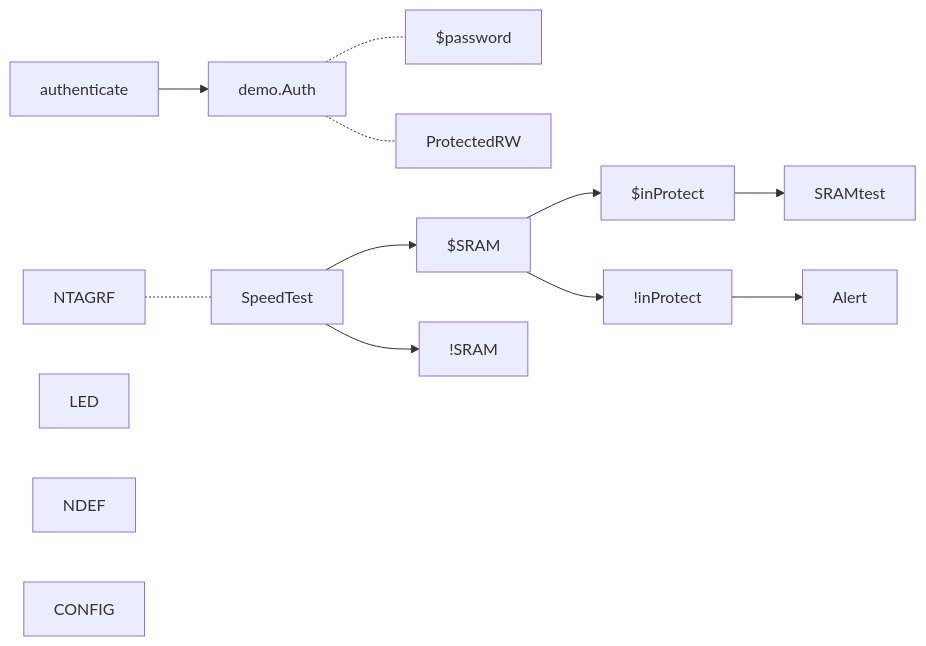
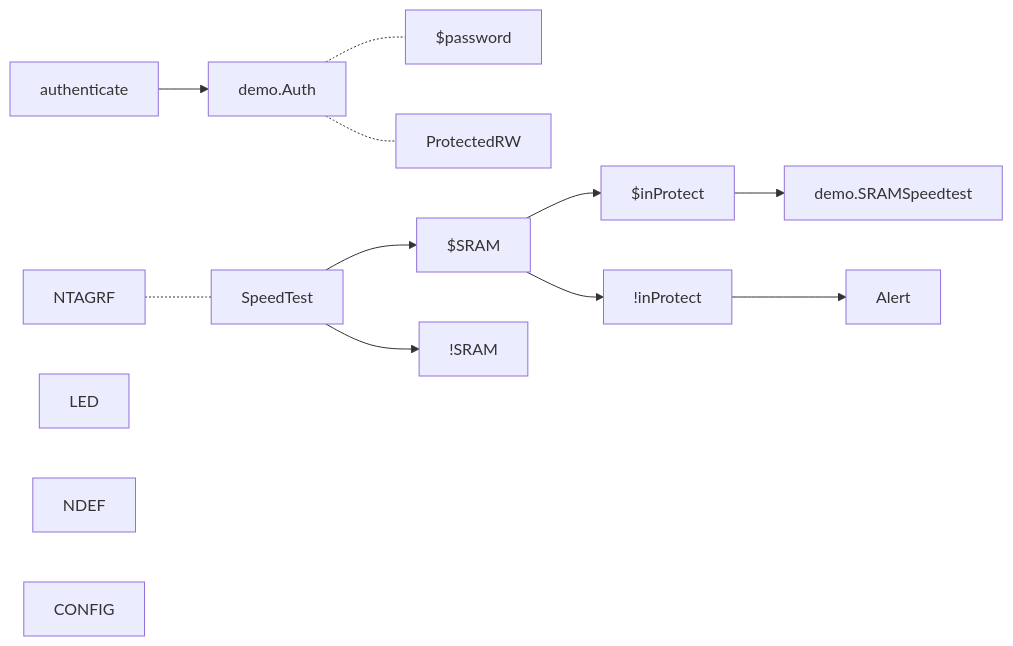
One commit to gordianknotC/nxp_note changed the fifth of 5 diagrams in nxp/MainActivity.md. Above: the diagram before and after it, drawn with Mermaid. The commit also changed other lines of this file, not shown here.

````diff
--- a/nxp/MainActivity.md
+++ b/nxp/MainActivity.md
@@ -56,17 +56,17 @@
 ```mermaid
 graph LR
 authenticate --> demo.Auth
 demo.Auth -.- $password
 demo.Auth -.- ProtectedRW
 NTAGRF -.- SpeedTest
 SpeedTest --> $SRAM
 SpeedTest --> !SRAM
 $SRAM --> $inProtect
 $SRAM --> !inProtect
-$inProtect --> SRAMtest
+$inProtect --> demo.SRAMSpeedtest
 !inProtect --> Alert
 
 LED
 NDEF
 CONFIG
 ```
````
